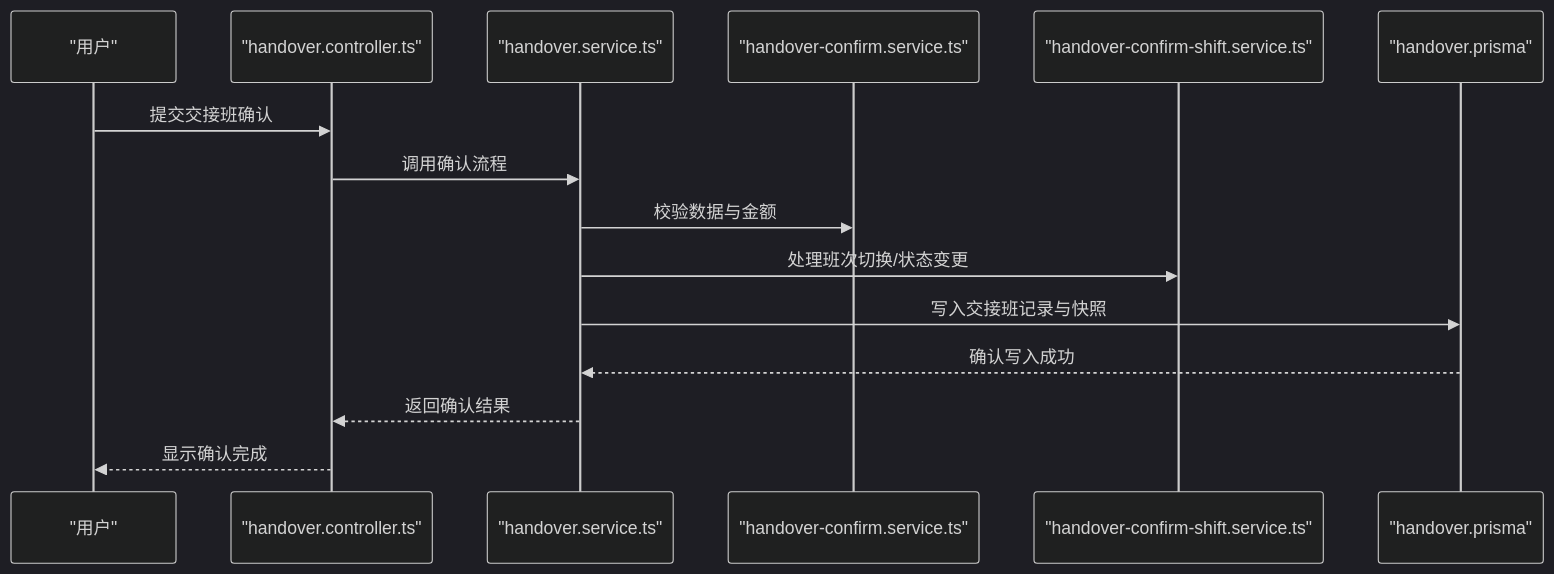
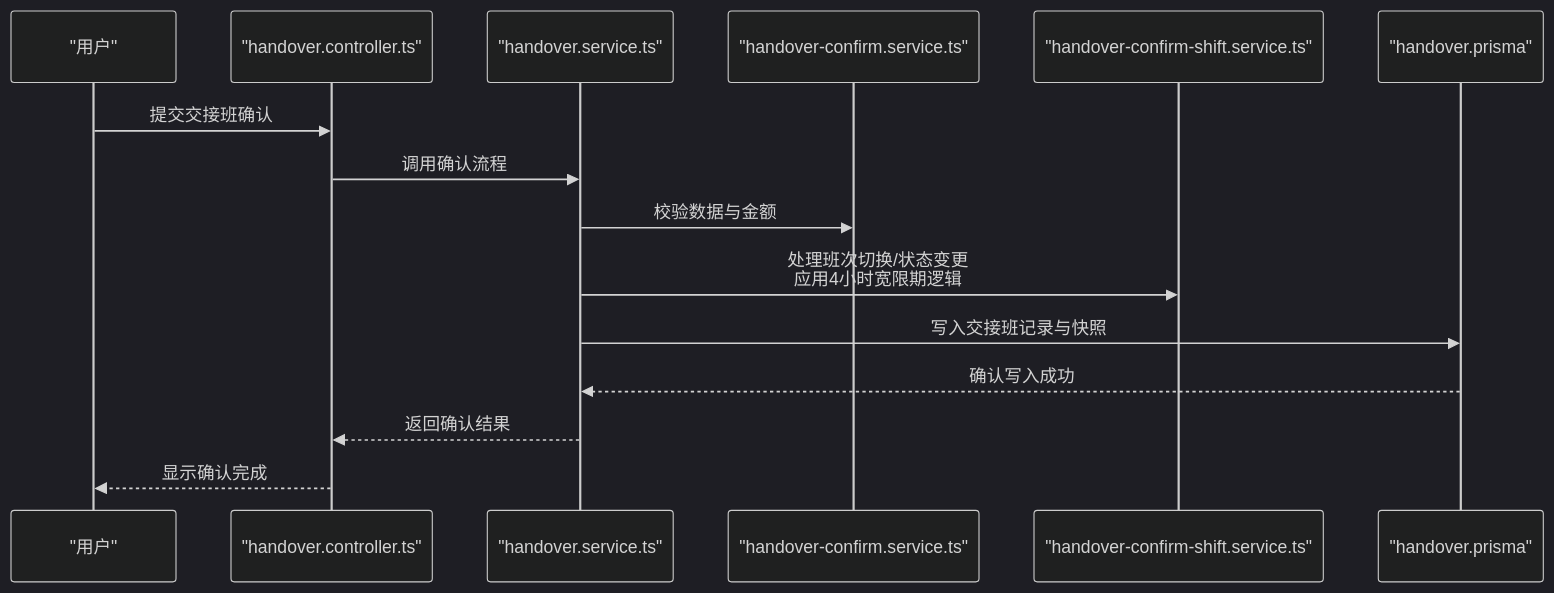
One commit to rc558620/purelyprofit-server changed the sixth of 16 diagrams in .qoder/repowiki/zh/content/业务模块/运营管理模块/交接班管理.md. Above: the diagram before and after it, drawn with Mermaid (dark theme). The commit also changed other lines of this file and 19 other files, not shown here.

````diff
--- a/.qoder/repowiki/zh/content/业务模块/运营管理模块/交接班管理.md
+++ b/.qoder/repowiki/zh/content/业务模块/运营管理模块/交接班管理.md
@@ -299,17 +330,17 @@
 ```mermaid
 sequenceDiagram
 participant U as "用户"
 participant C as "handover.controller.ts"
 participant S as "handover.service.ts"
 participant CF as "handover-confirm.service.ts"
 participant CS as "handover-confirm-shift.service.ts"
 participant DB as "handover.prisma"
 U->>C : 提交交接班确认
 C->>S : 调用确认流程
 S->>CF : 校验数据与金额
-S->>CS : 处理班次切换/状态变更
+S->>CS : 处理班次切换/状态变更<br/>应用4小时宽限期逻辑
 S->>DB : 写入交接班记录与快照
 DB-->>S : 确认写入成功
 S-->>C : 返回确认结果
 C-->>U : 显示确认完成
 ```
````
